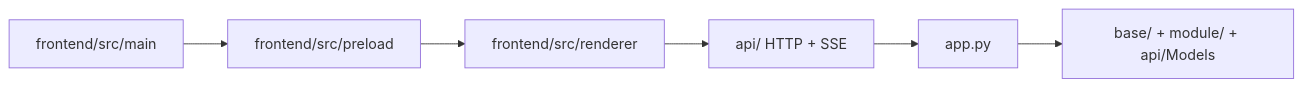
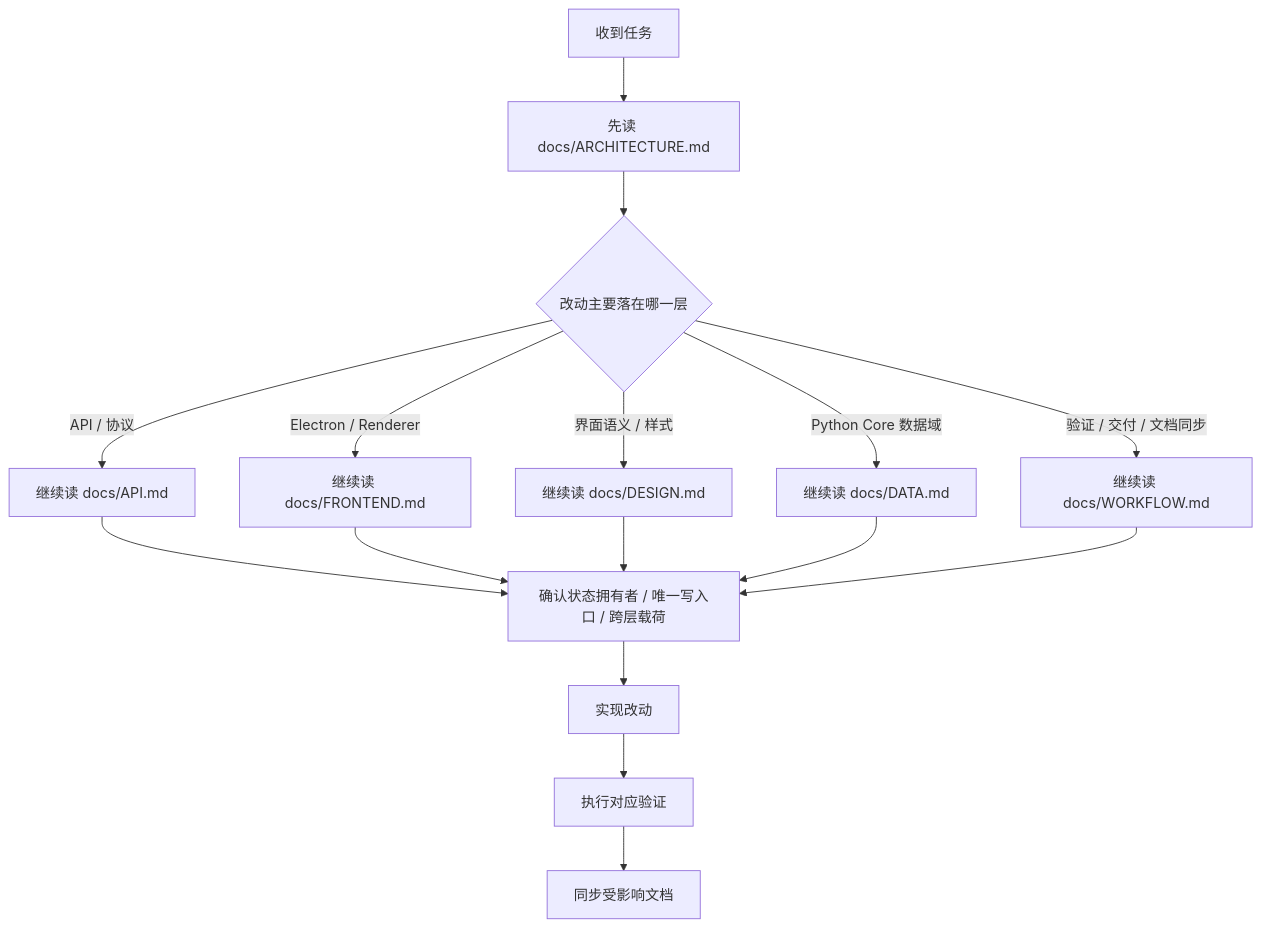
Before and after one commit to neavo/LinguaGacha: the diagram in AGENTS.md, drawn with Mermaid. The commit also changed other lines of this file and 364 other files, not shown here.

````diff
--- a/AGENTS.md
+++ b/AGENTS.md
@@ -10,8 +7,18 @@
 ```mermaid
-flowchart LR
-    A["frontend/src/main"] --> B["frontend/src/preload"]
-    B --> C["frontend/src/renderer"]
-    C --> D["api/ HTTP + SSE"]
-    D --> E["app.py"]
-    E --> F["base/ + module/ + api/Models"]
+flowchart TD
+    A["收到任务"] --> B["先读 docs/ARCHITECTURE.md"]
+    B --> C{"改动主要落在哪一层"}
+    C -->|API / 协议| D["继续读 docs/API.md"]
+    C -->|Electron / Renderer| E["继续读 docs/FRONTEND.md"]
+    C -->|界面语义 / 样式| F["继续读 docs/DESIGN.md"]
+    C -->|Python Core 数据域| G["继续读 docs/DATA.md"]
+    C -->|验证 / 交付 / 文档同步| H["继续读 docs/WORKFLOW.md"]
+    D --> I["确认状态拥有者 / 唯一写入口 / 跨层载荷"]
+    E --> I
+    F --> I
+    G --> I
+    H --> I
+    I --> J["实现改动"]
+    J --> K["执行对应验证"]
+    K --> L["同步受影响文档"]
 ```
````
